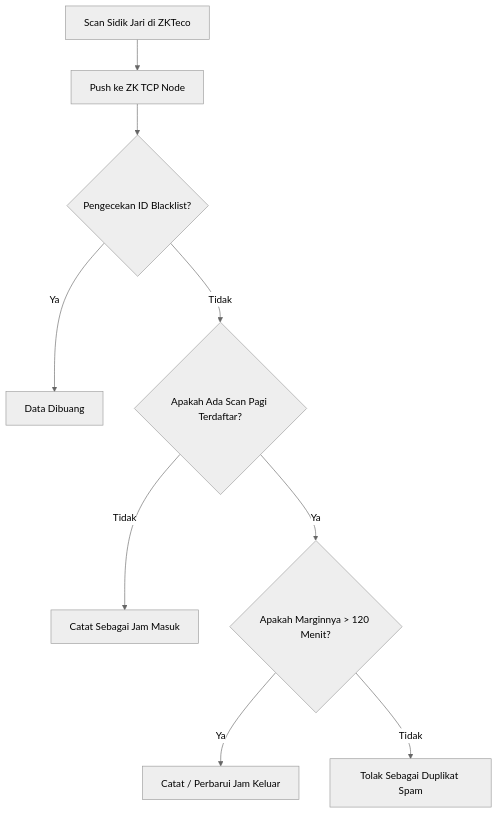
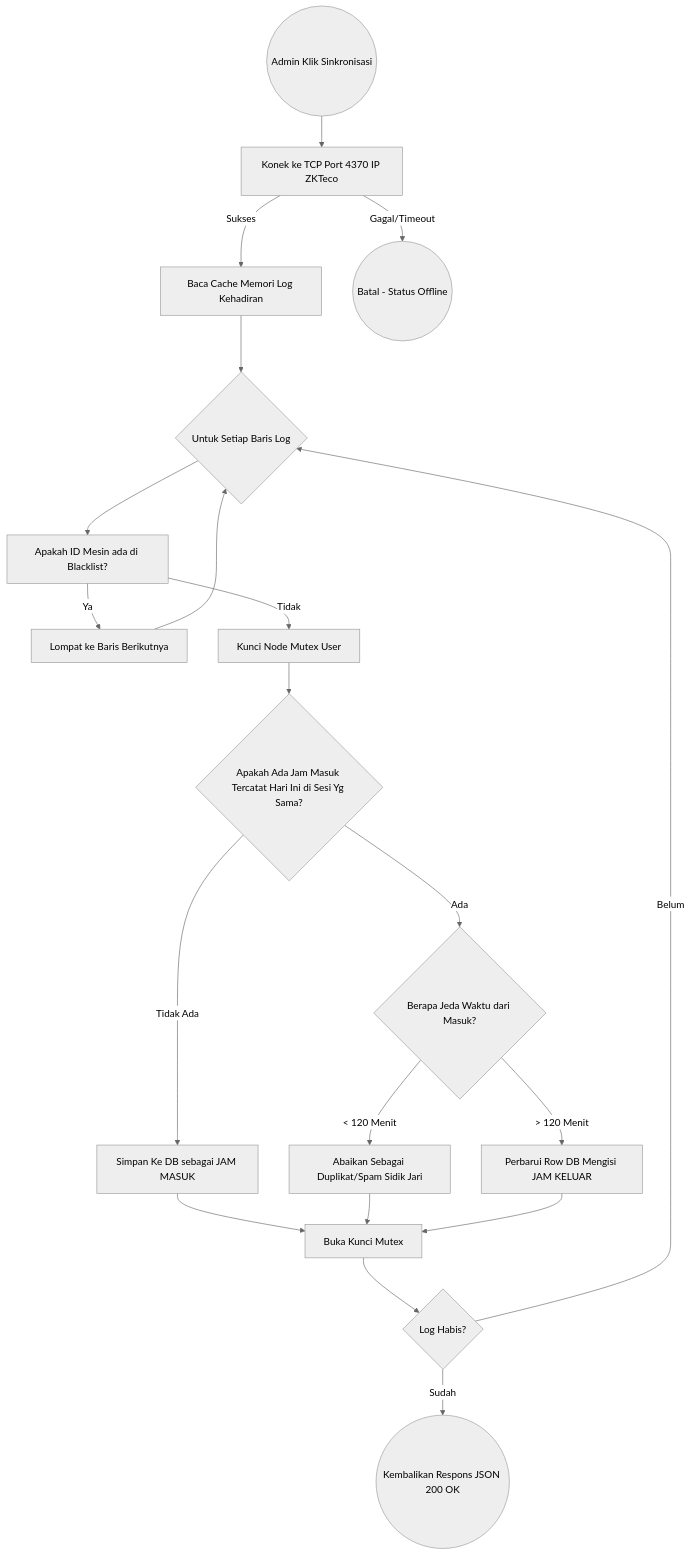
One commit to PBJT-Finger/Backend-Finger changed the second of 2 diagrams in LAPORAN_TA_BAB_3_4.md. Above: the diagram before and after it, drawn with Mermaid (neutral theme). The commit also changed other lines of this file, not shown here.

Commit message:
docs: write detailed, unique thesis final draft chapter 3 and 4 based perfectly on FingerTA architecture

````diff
--- a/LAPORAN_TA_BAB_3_4.md
+++ b/LAPORAN_TA_BAB_3_4.md
@@ -90,11 +59,22 @@
 ```mermaid
 graph TD
-   A[Scan Sidik Jari di ZKTeco] --> B[Push ke ZK TCP Node]
-   B --> C{Pengecekan ID Blacklist?}
-   C -- Ya --> D[Data Dibuang]
-   C -- Tidak --> E{Apakah Ada Scan Pagi Terdaftar?}
-   E -- Tidak --> F[Catat Sebagai Jam Masuk]
-   E -- Ya --> G{Apakah Marginnya > 120 Menit?}
-   G -- Ya --> H[Catat / Perbarui Jam Keluar]
-   G -- Tidak --> I[Tolak Sebagai Duplikat Spam]
+   Start((Admin Klik Sinkronisasi)) --> Koneksi[Konek ke TCP Port 4370 IP ZKTeco]
+   Koneksi -- Sukses --> Ambil[Baca Cache Memori Log Kehadiran]
+   Koneksi -- Gagal/Timeout --> Error((Batal - Status Offline))
+   Ambil --> Looping{Untuk Setiap Baris Log}
+   Looping --> Pengecekan[Apakah ID Mesin ada di Blacklist?]
+   Pengecekan -- Ya --> Skip1[Lompat ke Baris Berikutnya]
+   Pengecekan -- Tidak --> Mutex[Kunci Node Mutex User]
+   Mutex --> FilterWaktu{Apakah Ada Jam Masuk Tercatat Hari Ini di Sesi Yg Sama?}
+   FilterWaktu -- Tidak Ada --> InsertMasuk[Simpan Ke DB sebagai JAM MASUK]
+   FilterWaktu -- Ada --> CekJeda{Berapa Jeda Waktu dari Masuk?}
+   CekJeda -- < 120 Menit --> Skip2[Abaikan Sebagai Duplikat/Spam Sidik Jari]
+   CekJeda -- > 120 Menit --> UpdateKeluar[Perbarui Row DB Mengisi JAM KELUAR]
+   InsertMasuk --> BukaMutex[Buka Kunci Mutex]
+   Skip1 --> Looping
+   Skip2 --> BukaMutex
+   UpdateKeluar --> BukaMutex
+   BukaMutex --> SelesaiLoop{Log Habis?}
+   SelesaiLoop -- Belum --> Looping
+   SelesaiLoop -- Sudah --> Sukses((Kembalikan Respons JSON 200 OK))
 ```
````
